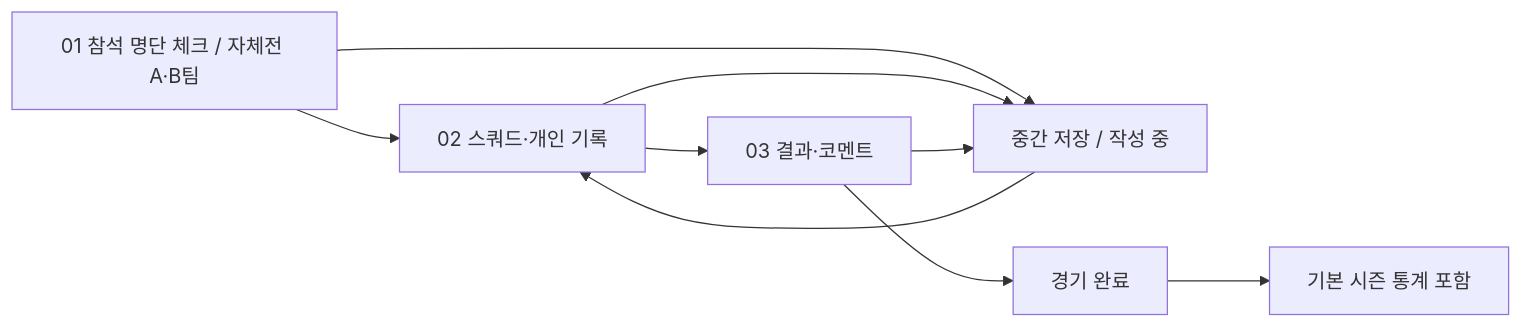
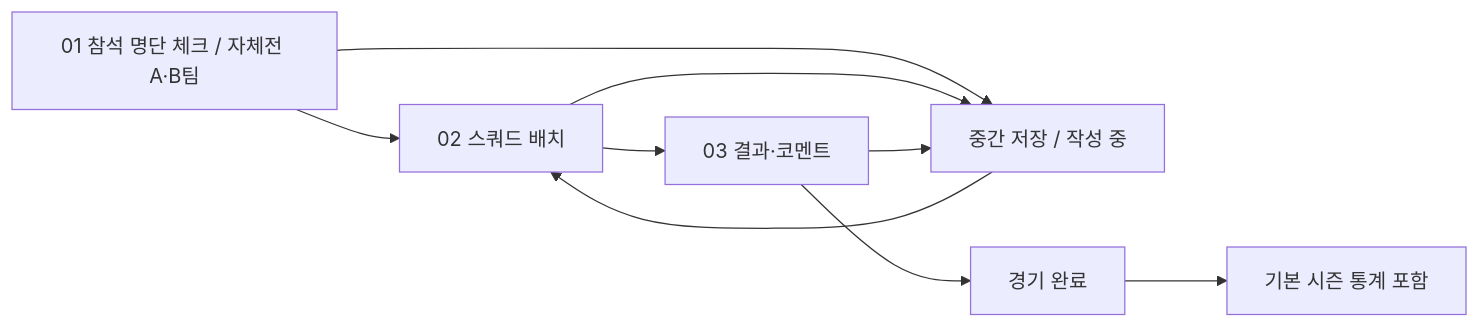
Before and after one commit to ksmlucky/jochook-on: the diagram in docs/diagrams/unified-match/workflow.mmd, drawn with Mermaid. The commit also changed 42 other files, not shown here.

Commit message:
Document verified simplified match entry release and refresh diagrams

```diff
--- a/docs/diagrams/unified-match/workflow.mmd
+++ b/docs/diagrams/unified-match/workflow.mmd
@@ -1,9 +1,9 @@
 flowchart LR
-  A[01 참석 명단 체크 / 자체전 A·B팀] --> B[02 스쿼드·개인 기록]
+  A[01 참석 명단 체크 / 자체전 A·B팀] --> B[02 스쿼드 배치]
   B --> C[03 결과·코멘트]
   A --> S[중간 저장 / 작성 중]
   B --> S
   C --> S
   S --> B
   C --> D[경기 완료]
   D --> E[기본 시즌 통계 포함]
```
